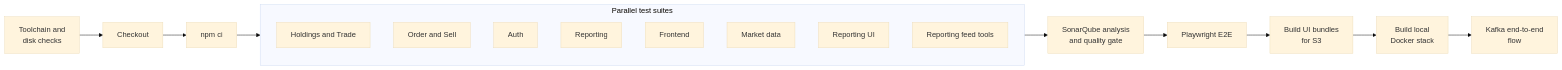
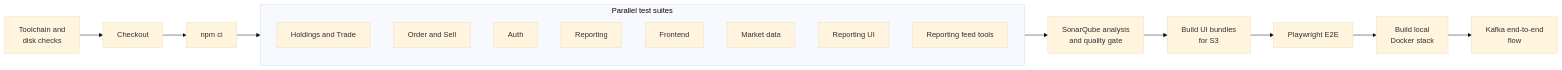
One commit to seankcheema/trading-season changed the fifth of 5 diagrams in README.md. Above: the diagram before and after it, drawn with Mermaid (base theme). The commit also changed 7 other files, not shown here.

````diff
--- a/README.md
+++ b/README.md
@@ -209,16 +209,16 @@
 ```mermaid
 flowchart LR
     Pre["Toolchain and<br/>disk checks"] --> Checkout --> Deps["npm ci"]
     Deps --> Tests
     subgraph Tests["Parallel test suites"]
         T1["Holdings and Trade"]
         T2["Order and Sell"]
         T3["Auth"]
         T4["Reporting"]
         T5["Frontend"]
         T6["Market data"]
         T7["Reporting UI"]
         T8["Reporting feed tools"]
     end
-    Tests --> Sonar["SonarQube analysis<br/>and quality gate"] --> E2E["Playwright E2E"] --> Bundles["Build UI bundles<br/>for S3"] --> Stack["Build local<br/>Docker stack"] --> Flow["Kafka end-to-end<br/>flow"]
+    Tests --> Sonar["SonarQube analysis<br/>and quality gate"] --> Bundles["Build UI bundles<br/>for S3"] --> E2E["Playwright E2E"] --> Stack["Build local<br/>Docker stack"] --> Flow["Kafka end-to-end<br/>flow"]
 ```
````
